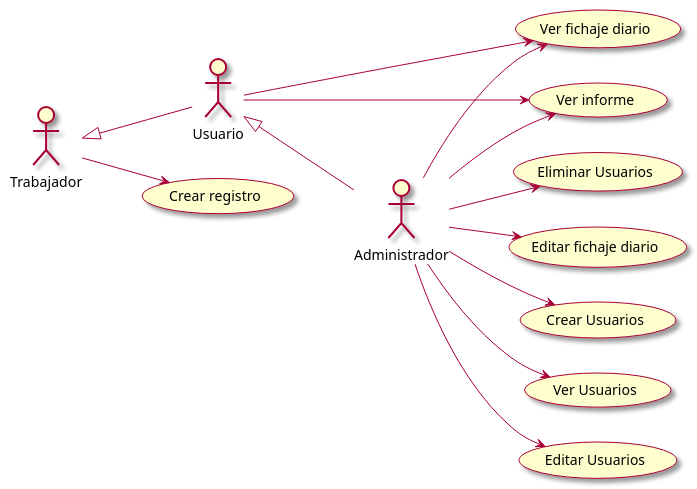
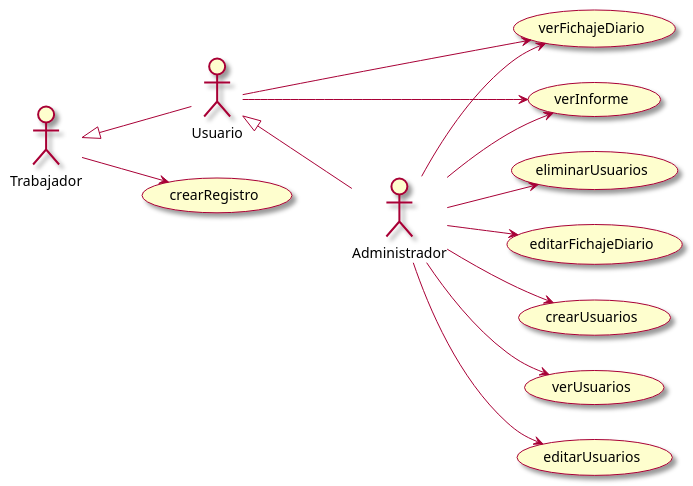
Before and after one commit to mmasias/23-24-IdSw1-SDR: the diagram in modelosUML/casosDeUso/casosDeUso.puml, drawn with PlantUML. The commit also changed 1 other file, not shown here.

```diff
--- a/modelosUML/casosDeUso/casosDeUso.puml
+++ b/modelosUML/casosDeUso/casosDeUso.puml
@@ -1,24 +1,24 @@
 @startuml Diagrama de CDU
 
 skin rose
 left to right direction
 
 Usuario -up-|> Trabajador
 Administrador -up-|> Usuario
 
-Trabajador --> (Crear registro)
+Trabajador --> (crearRegistro)
 
-Usuario --> (Ver fichaje diario)
-Usuario --> (Ver informe)
+Usuario --> (verFichajeDiario)
+Usuario --> (verInforme)
 
-Administrador --> (Ver fichaje diario)
-Administrador --> (Editar fichaje diario)
+Administrador --> (verFichajeDiario)
+Administrador --> (editarFichajeDiario)
 
-Administrador --> (Ver informe)
+Administrador --> (verInforme)
 
-Administrador --> (Crear Usuarios)
-Administrador --> (Ver Usuarios)
-Administrador --> (Editar Usuarios)
-Administrador --> (Eliminar Usuarios)
+Administrador --> (crearUsuarios)
+Administrador --> (verUsuarios)
+Administrador --> (editarUsuarios)
+Administrador --> (eliminarUsuarios)
 
 @enduml
```
